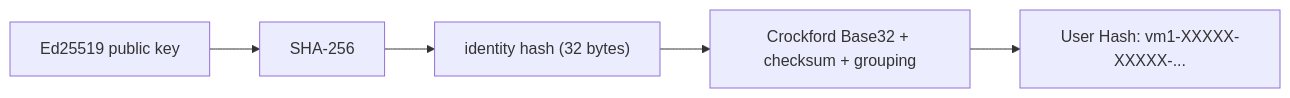
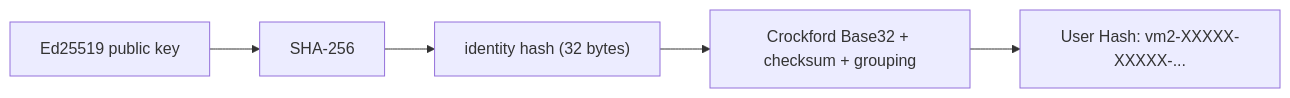
Before and after one commit to 0xAsghar/vMessenger: the fourth of 6 diagrams in docs/Discovery.md, drawn with Mermaid. The commit also changed other lines of this file and 30 other files, not shown here.

````diff
--- a/docs/Discovery.md
+++ b/docs/Discovery.md
@@ -99,7 +99,7 @@
 ```mermaid
 flowchart LR
   Pk["Ed25519 public key"] --> Sha["SHA-256"]
   Sha --> Idh["identity hash (32 bytes)"]
   Idh --> Enc["Crockford Base32 + checksum + grouping"]
-  Enc --> UH["User Hash: vm1-XXXXX-XXXXX-..."]
+  Enc --> UH["User Hash: vm2-XXXXX-XXXXX-..."]
 ```
````
